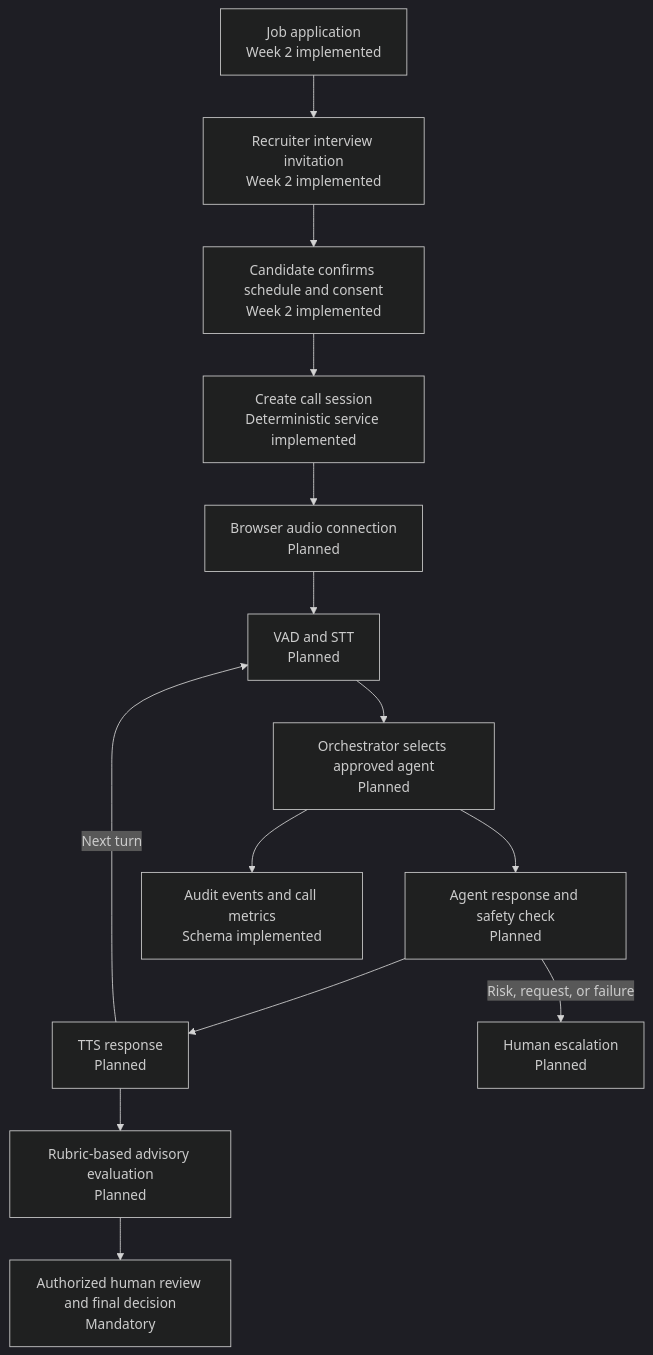
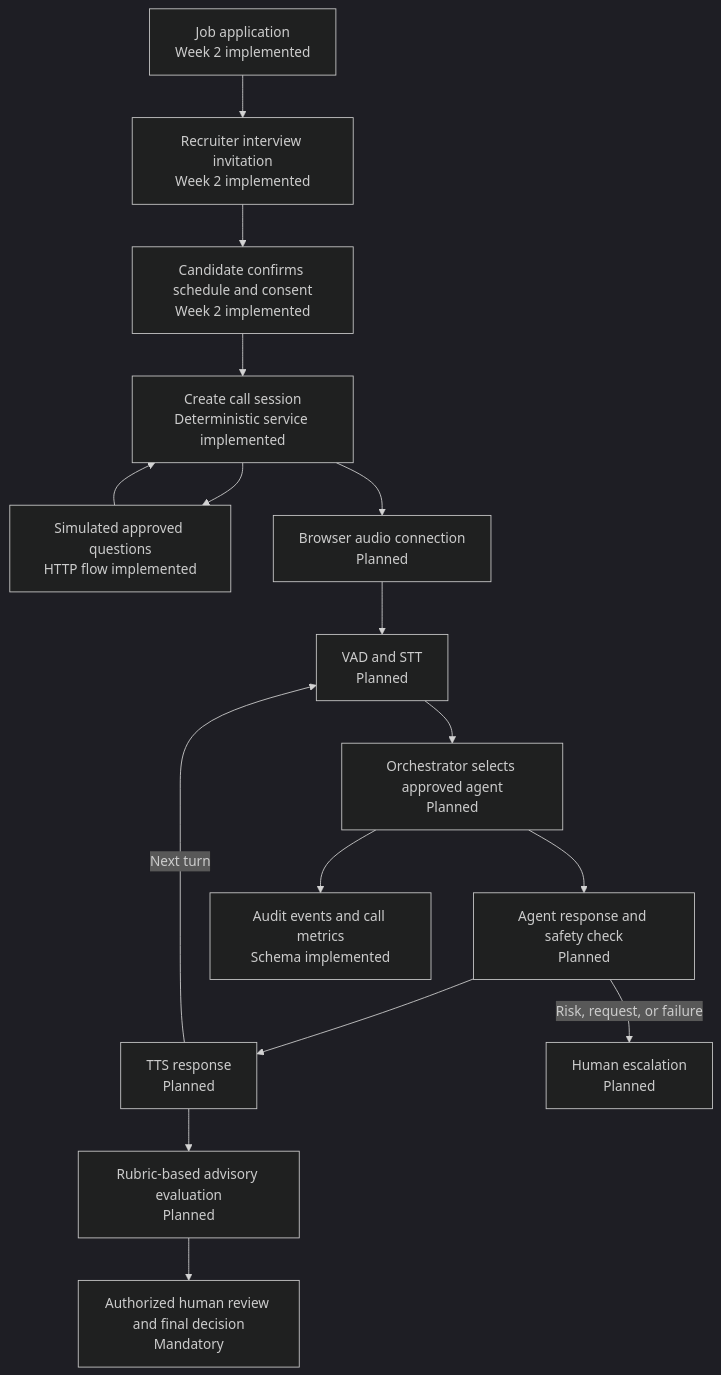
One commit to hamzadugal21/MultiAgentCaller changed the second of 4 diagrams in docs/ARCHITECTURE.md. Above: the diagram before and after it, drawn with Mermaid (dark theme). The commit also changed other lines of this file and 6 other files, not shown here.

````diff
--- a/docs/ARCHITECTURE.md
+++ b/docs/ARCHITECTURE.md
@@ -75,16 +77,18 @@
 ```mermaid
 flowchart TD
     A[Job application<br/>Week 2 implemented] --> B[Recruiter interview invitation<br/>Week 2 implemented]
     B --> C[Candidate confirms schedule and consent<br/>Week 2 implemented]
     C --> D[Create call session<br/>Deterministic service implemented]
+    D --> S[Simulated approved questions<br/>HTTP flow implemented]
+    S --> D
     D --> E[Browser audio connection<br/>Planned]
     E --> F[VAD and STT<br/>Planned]
     F --> G[Orchestrator selects approved agent<br/>Planned]
     G --> H[Agent response and safety check<br/>Planned]
     H --> I[TTS response<br/>Planned]
     I -->|Next turn| F
     H -->|Risk, request, or failure| J[Human escalation<br/>Planned]
     G --> K[Audit events and call metrics<br/>Schema implemented]
     I --> L[Rubric-based advisory evaluation<br/>Planned]
     L --> M[Authorized human review and final decision<br/>Mandatory]
 ```
````
